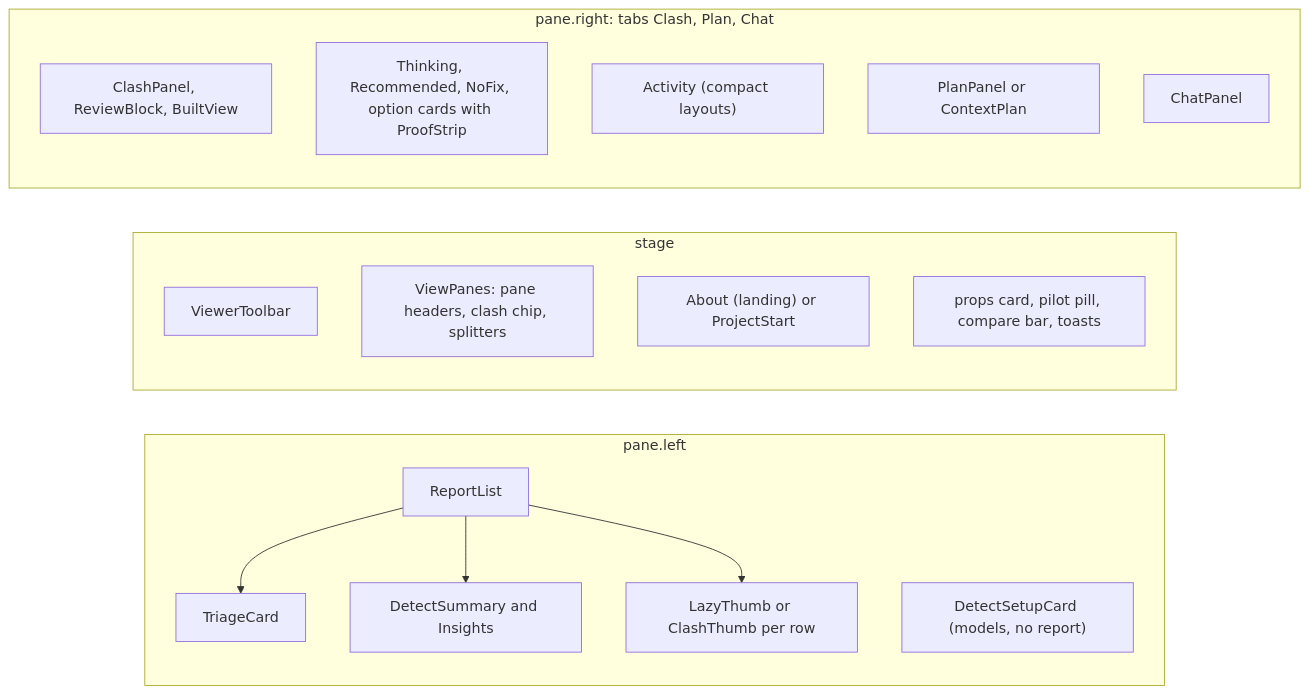
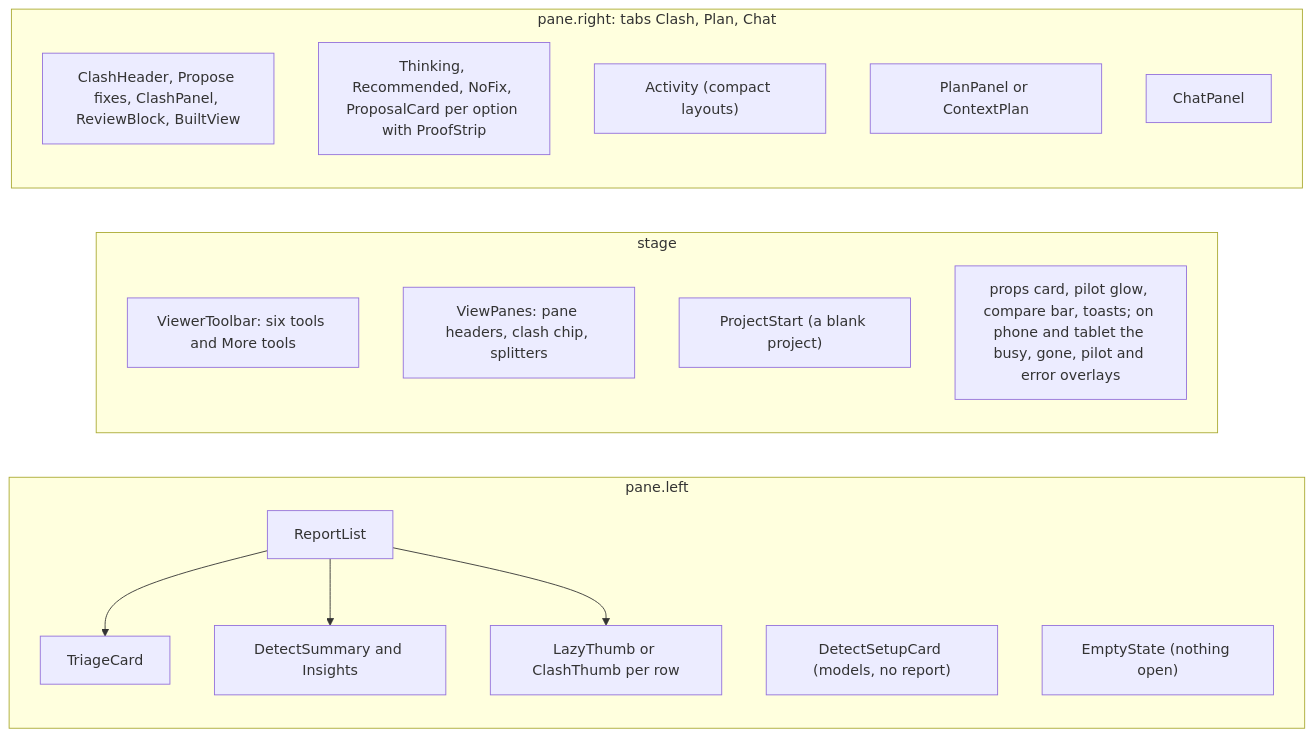
Before and after one commit to Saravana-Rajan/IRIS: the second of 4 diagrams in docs/architecture/12-web-app.md, drawn with Mermaid. The commit also changed other lines of this file and 9 other files, not shown here.

First line of the commit message:
docs: the sidebar app shell and the lifemed theme in the architecture docs

````diff
--- a/docs/architecture/12-web-app.md
+++ b/docs/architecture/12-web-app.md
@@ -167,22 +196,23 @@
 ```mermaid
 flowchart LR
   subgraph leftPane["pane.left"]
     list["ReportList"] --> triageCard["TriageCard"]
     list --> insights["DetectSummary and Insights"]
     list --> lazy["LazyThumb or ClashThumb per row"]
     setup["DetectSetupCard (models, no report)"]
+    empty["EmptyState (nothing open)"]
   end
   subgraph stagePane["stage"]
-    toolbar["ViewerToolbar"]
+    toolbar["ViewerToolbar: six tools and More tools"]
     panes["ViewPanes: pane headers, clash chip, splitters"]
-    landing["About (landing) or ProjectStart"]
-    overlays["props card, pilot pill, compare bar, toasts"]
+    start["ProjectStart (a blank project)"]
+    overlays["props card, pilot glow, compare bar, toasts; on phone and tablet the busy, gone, pilot and error overlays"]
   end
   subgraph rightPane["pane.right: tabs Clash, Plan, Chat"]
-    clashTab["ClashPanel, ReviewBlock, BuiltView"]
-    fixCards["Thinking, Recommended, NoFix, option cards with ProofStrip"]
+    clashTab["ClashHeader, Propose fixes, ClashPanel, ReviewBlock, BuiltView"]
+    fixCards["Thinking, Recommended, NoFix, ProposalCard per option with ProofStrip"]
     activity["Activity (compact layouts)"]
     planTab["PlanPanel or ContextPlan"]
     chatTab["ChatPanel"]
   end
 ```
````
